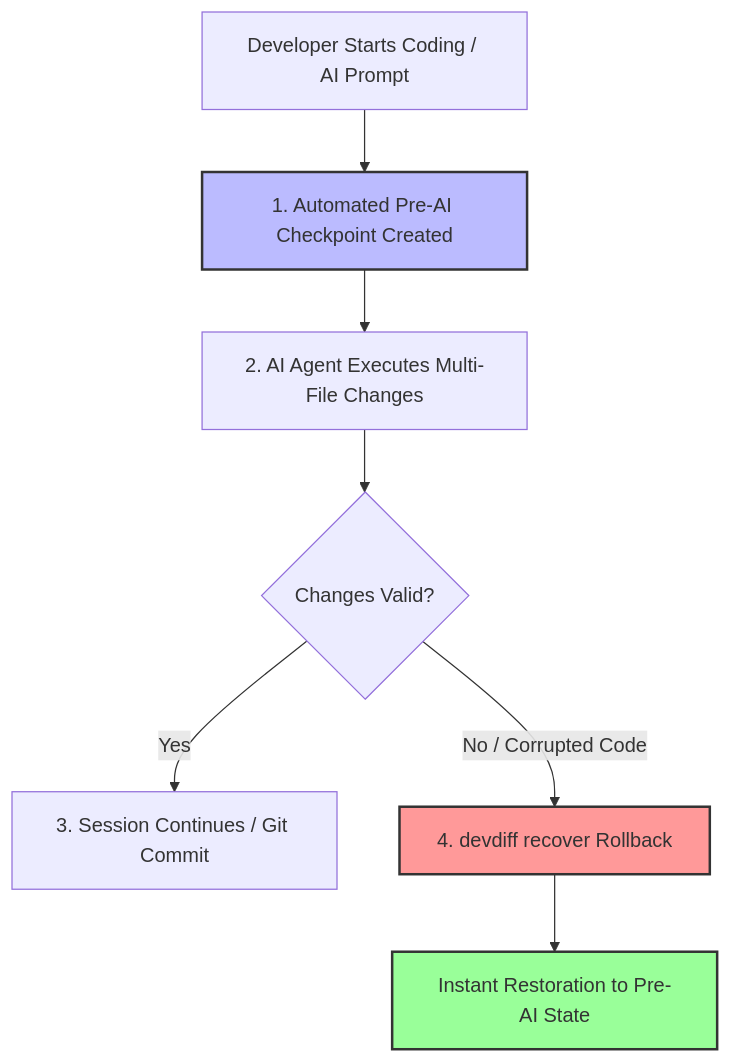
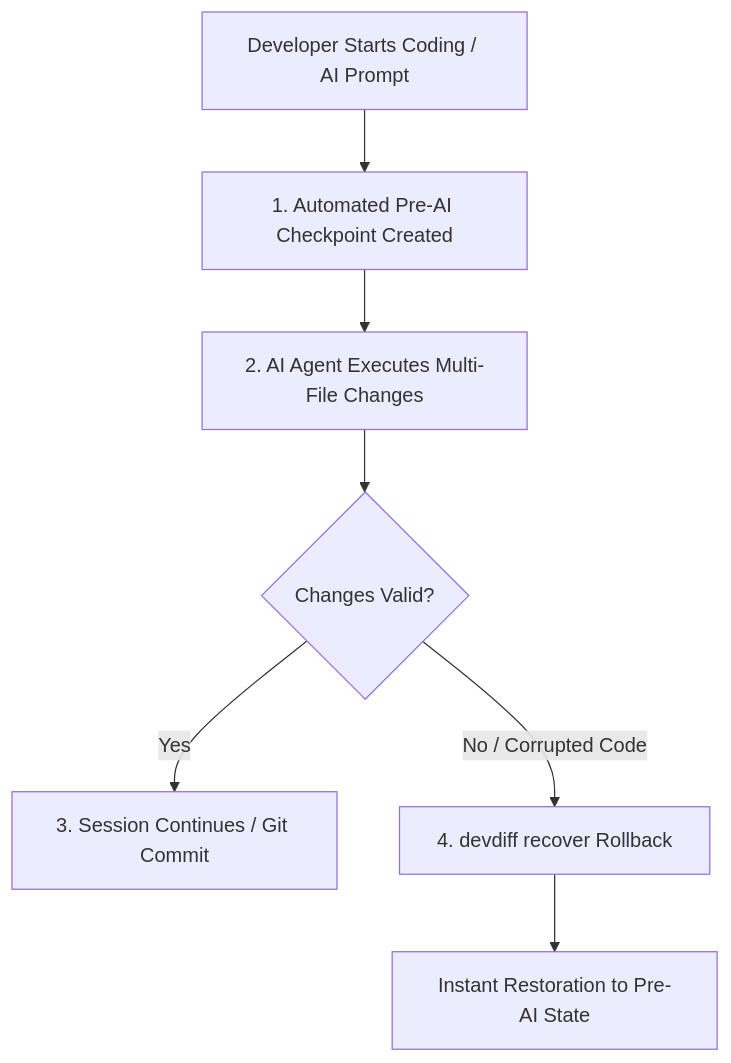
The diagram in docs/guide/vibe-coding.md (EldrexDelosReyesBula/DevDiff), drawn with Mermaid before and after one commit. The commit also changed other lines of this file and 187 other files, not shown here.

First line of the commit message:
release: v1.8.0 — multi-registry distribution, plugin architecture & documentation overhaul

````diff
--- a/docs/guide/vibe-coding.md
+++ b/docs/guide/vibe-coding.md
@@ -9,13 +9,9 @@
 ```mermaid
 flowchart TD
     Start[Developer Starts Coding / AI Prompt] --> Checkpoint[1. Automated Pre-AI Checkpoint Created]
     Checkpoint --> Exec[2. AI Agent Executes Multi-File Changes]
     Exec --> Test{Changes Valid?}
     Test -->|Yes| Commit[3. Session Continues / Git Commit]
     Test -->|No / Corrupted Code| Revert[4. devdiff recover Rollback]
     Revert --> Restore[Instant Restoration to Pre-AI State]
-
-    style Checkpoint fill:#bbf,stroke:#333,stroke-width:2px
-    style Revert fill:#f99,stroke:#333,stroke-width:2px
-    style Restore fill:#9f9,stroke:#333,stroke-width:2px
 ```
````
